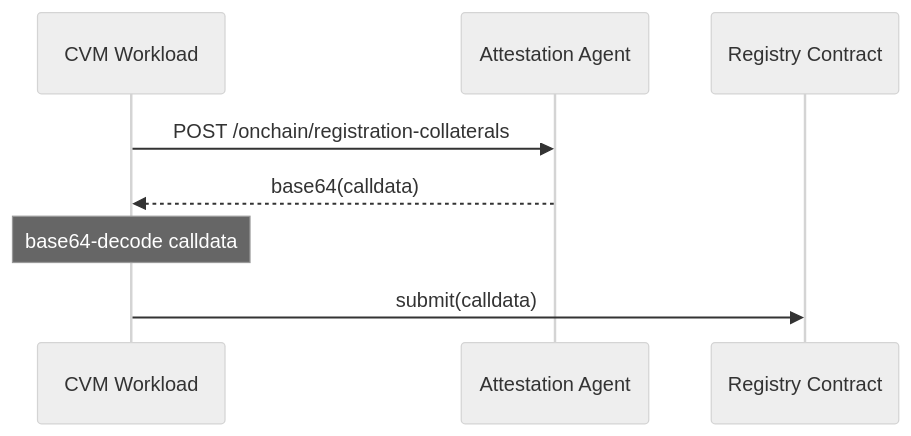
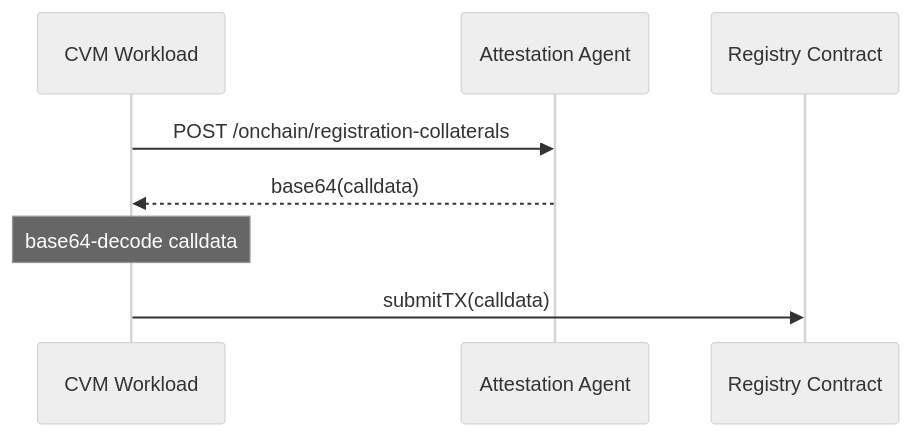
Before and after one commit to nuconstruct-ltd/automata-linux: the second of 4 diagrams in docs/onchain-workflows.md, drawn with Mermaid (neutral theme). The commit also changed other lines of this file, not shown here.

````diff
--- a/docs/onchain-workflows.md
+++ b/docs/onchain-workflows.md
@@ -23,11 +23,11 @@
 ```mermaid
 sequenceDiagram
     participant CVM as CVM Workload
     participant AA as Attestation Agent
     participant RC as Registry Contract
 
     CVM->>AA: POST /onchain/registration-collaterals
     AA-->>CVM: base64(calldata)
     note over CVM: base64-decode calldata
-    CVM->>RC: submit(calldata)
+    CVM->>RC: submitTX(calldata)
 ```
````
